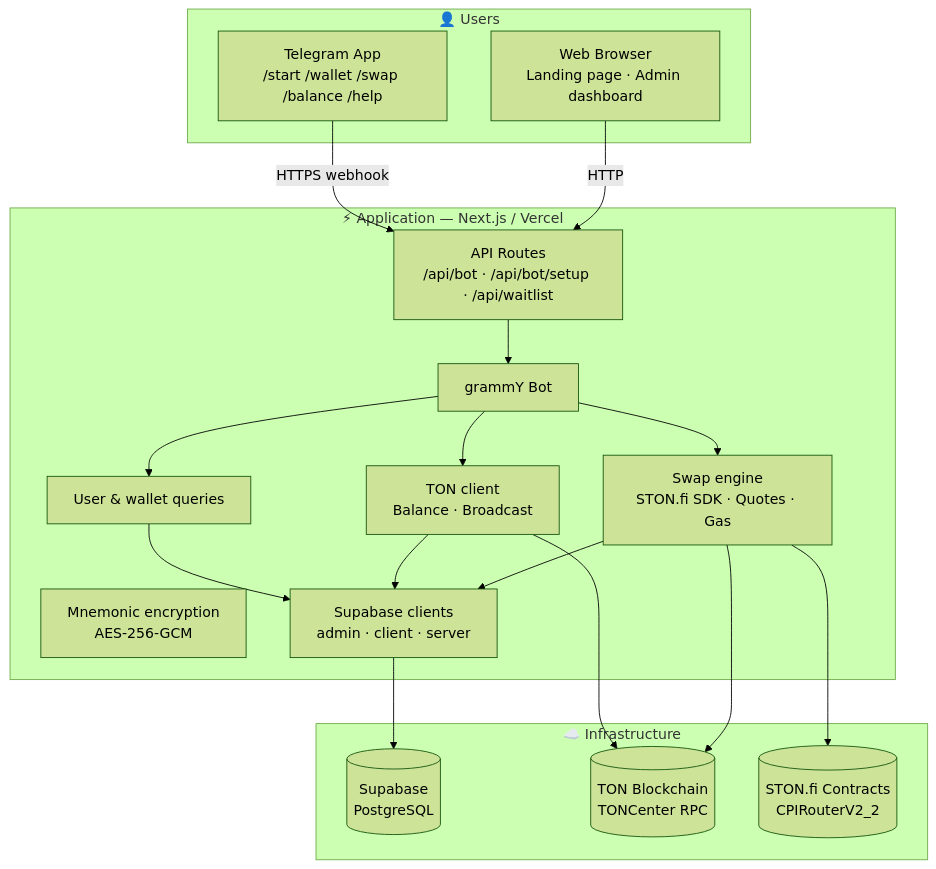
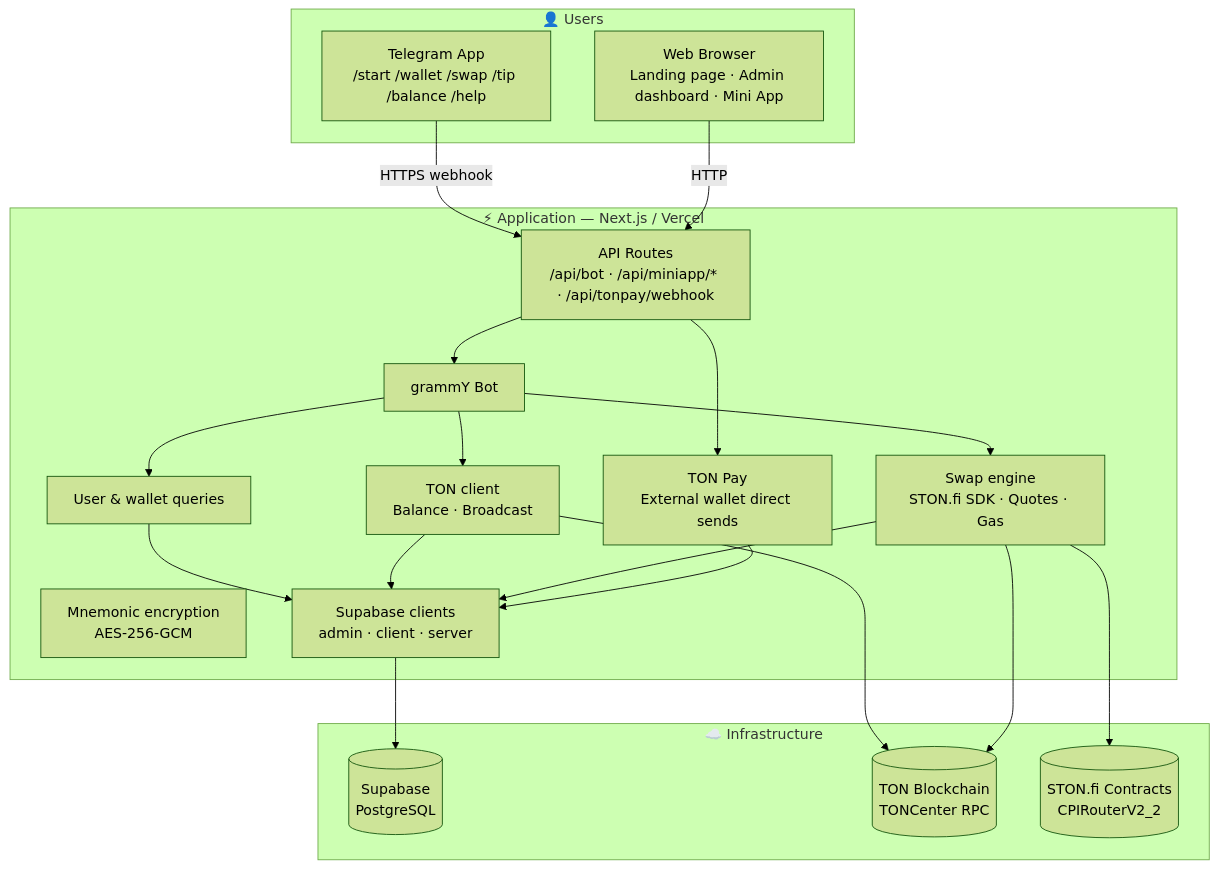
The diagram in README.md (zynorr/tipswap), drawn with Mermaid (forest theme) before and after one commit. The commit also changed other lines of this file and 5 other files, not shown here.

````diff
--- a/README.md
+++ b/README.md
@@ -11,37 +11,40 @@
 ```mermaid
 flowchart TB
     subgraph Users["👤 Users"]
-        TG["Telegram App<br/>/start /wallet /swap /balance /help"]
-        WB["Web Browser<br/>Landing page · Admin dashboard"]
+        TG["Telegram App<br/>/start /wallet /swap /tip /balance /help"]
+        WB["Web Browser<br/>Landing page · Admin dashboard · Mini App"]
     end
 
     subgraph App["⚡ Application — Next.js / Vercel"]
-        API["API Routes<br/>/api/bot · /api/bot/setup · /api/waitlist"]
+        API["API Routes<br/>/api/bot · /api/miniapp/* · /api/tonpay/webhook"]
         BOT["grammY Bot"]
         USERS["User & wallet queries"]
         TON_WALLET["TON client<br/>Balance · Broadcast"]
         SWAP["Swap engine<br/>STON.fi SDK · Quotes · Gas"]
+        TONPAY["TON Pay<br/>External wallet direct sends"]
         CRYPTO["Mnemonic encryption<br/>AES-256-GCM"]
         SUPALIB["Supabase clients<br/>admin · client · server"]
     end
 
     subgraph Infra["☁️ Infrastructure"]
         SUPABASE[("Supabase<br/>PostgreSQL")]
         TON[("TON Blockchain<br/>TONCenter RPC")]
         STON[("STON.fi Contracts<br/>CPIRouterV2_2")]
     end
 
     TG -- "HTTPS webhook" --> API
     WB -- "HTTP" --> API
     API --> BOT
     BOT --> USERS
     BOT --> TON_WALLET
     BOT --> SWAP
+    API --> TONPAY
     USERS --> SUPALIB
     TON_WALLET --> SUPALIB
     SWAP --> SUPALIB
+    TONPAY --> SUPALIB
     SUPALIB --> SUPABASE
     TON_WALLET --> TON
     SWAP --> TON
     SWAP --> STON
 ```
````
